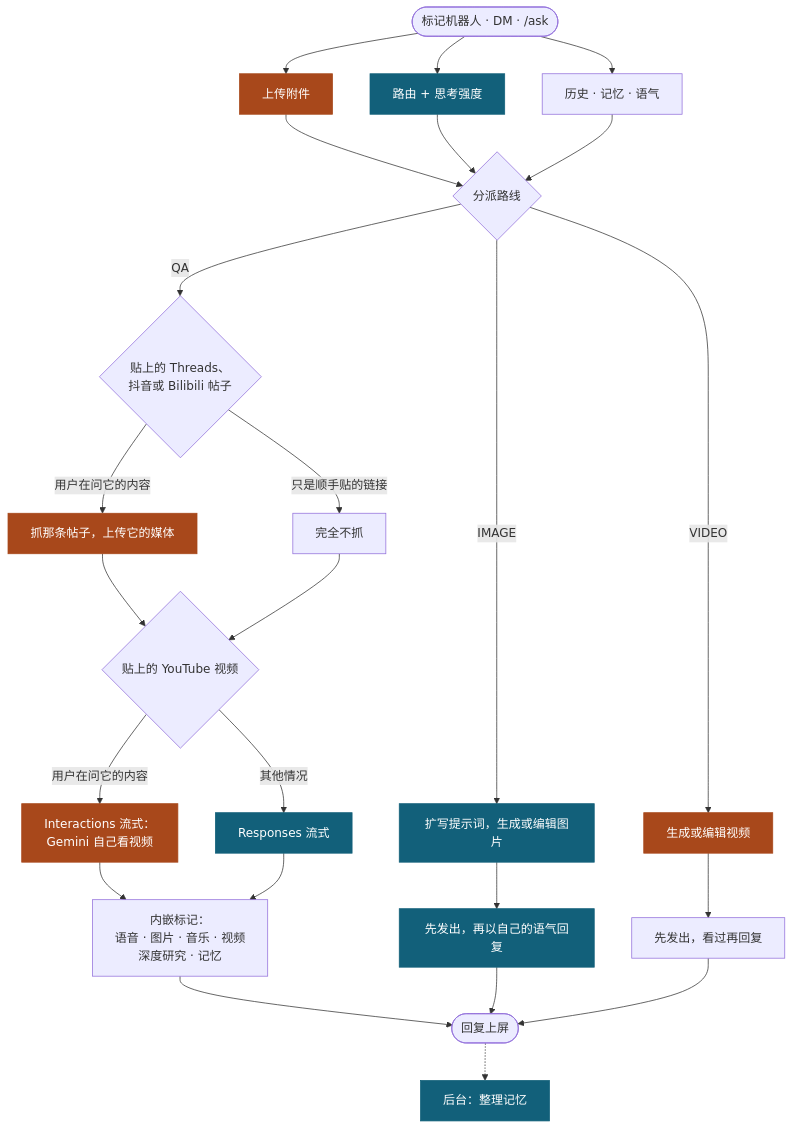
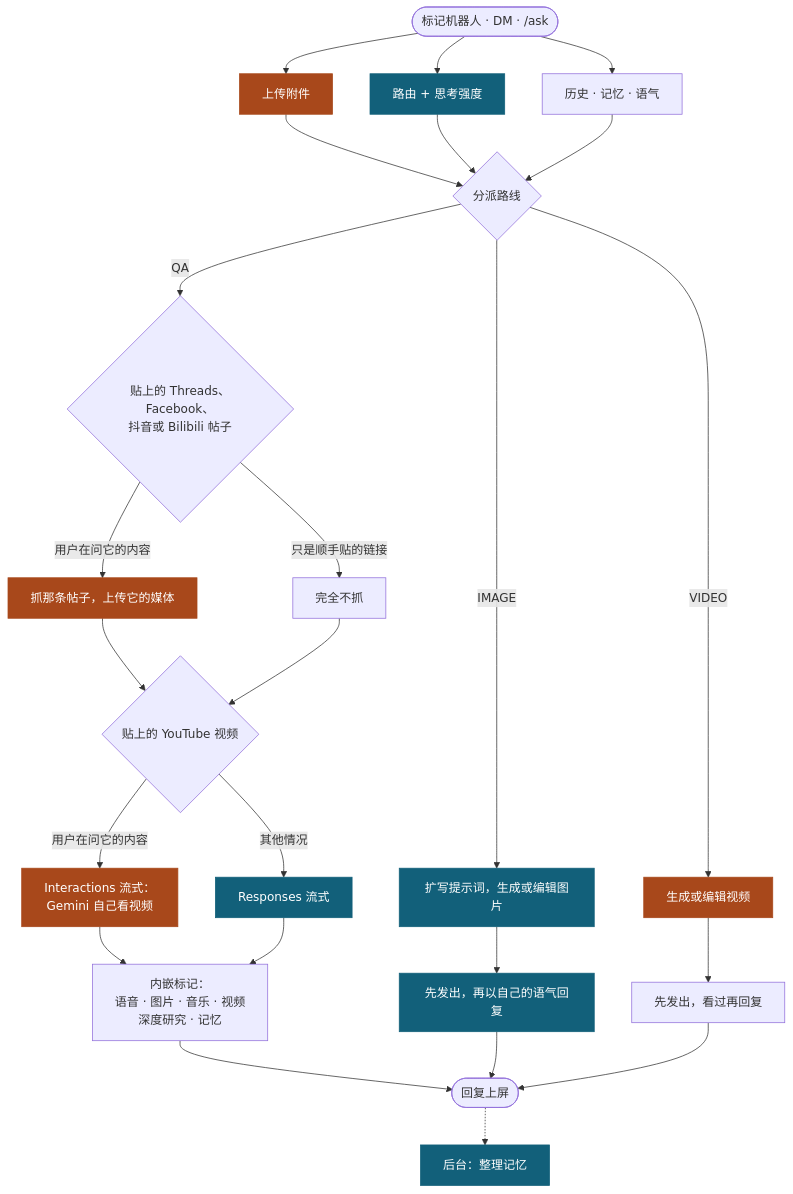
The diagram in README.zh-CN.md (Mai0313/discordbot), drawn with Mermaid before and after one commit. The commit also changed other lines of this file and 4 other files, not shown here.

````diff
--- a/README.zh-CN.md
+++ b/README.zh-CN.md
@@ -43,33 +43,33 @@
 ```mermaid
 flowchart TD
     U(["标记机器人 · DM · /ask"]) --> UP & RT & CX
 
     UP["上传附件"]
     RT["路由 + 思考强度"]
     CX["历史 · 记忆 · 语气"]
 
     UP & RT & CX --> R{"分派路线"}
 
-    R -->|QA| L{"贴上的 Threads、<br/>抖音或 Bilibili 帖子"}
+    R -->|QA| L{"贴上的 Threads、Facebook、<br/>抖音或 Bilibili 帖子"}
     L -->|"用户在问它的内容"| LF["抓那条帖子，上传它的媒体"]
     L -->|"只是顺手贴的链接"| LS["完全不抓"]
     LF & LS --> Y{"贴上的 YouTube 视频"}
     Y -->|"用户在问它的内容"| YT["Interactions 流式：<br/>Gemini 自己看视频"]
     Y -->|"其他情况"| QS["Responses 流式"]
     YT & QS --> Q2["内嵌标记：<br/>语音 · 图片 · 音乐 · 视频<br/>深度研究 · 记忆"]
 
     R -->|IMAGE| I1["扩写提示词，生成或编辑图片"]
     I1 --> I2["先发出，再以自己的语气回复"]
     R -->|VIDEO| V1["生成或编辑视频"]
     V1 --> V2["先发出，看过再回复"]
 
     Q2 --> OUT(["回复上屏"])
     I2 --> OUT
     V2 --> OUT
     OUT -.-> MM["后台：整理记忆"]
 
     classDef proxy fill:#12607a,stroke:#12607a,color:#ffffff
     classDef direct fill:#a8481b,stroke:#a8481b,color:#ffffff
     class RT,QS,I1,I2,MM proxy
     class UP,LF,YT,V1 direct
 ```
````
